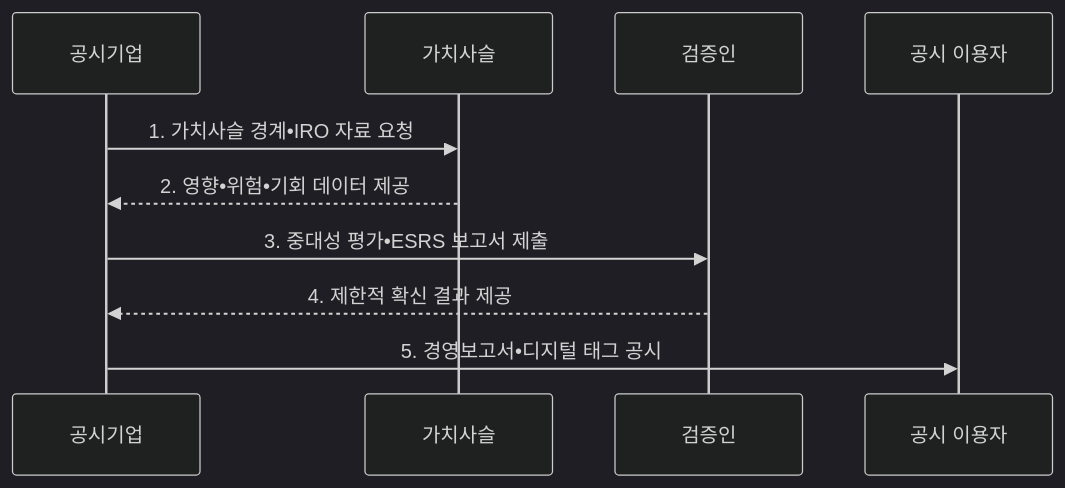
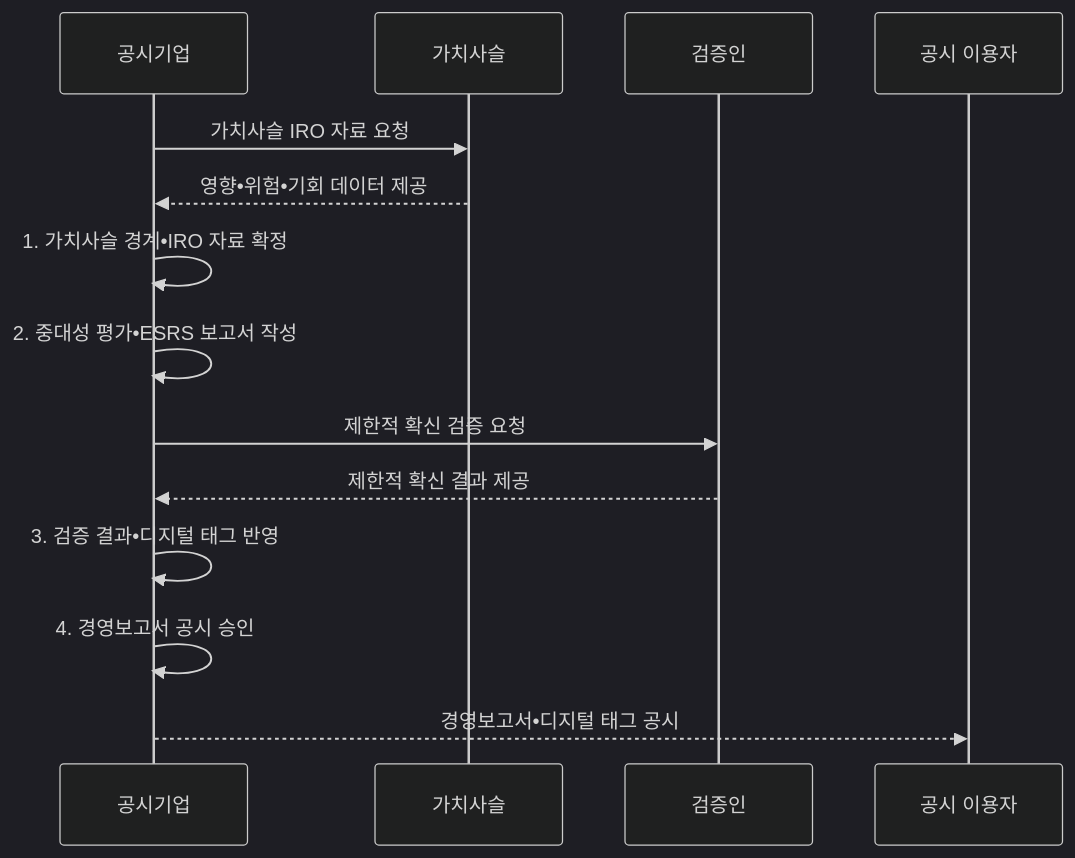
Before and after one commit to agnusdei1207/knowledge-base: the second of 2 diagrams in src/content/docs/notes/07-law-policy/036_eu_csrd.md, drawn with Mermaid (dark theme). The commit also changed other lines of this file and 20 other files, not shown here.

````diff
--- a/src/content/docs/notes/07-law-policy/036_eu_csrd.md
+++ b/src/content/docs/notes/07-law-policy/036_eu_csrd.md
@@ -102,12 +102,16 @@
 ```mermaid
 sequenceDiagram
     participant E as 공시기업
     participant V as 가치사슬
     participant A as 검증인
     participant U as 공시 이용자
-    E->>V: 1. 가치사슬 경계•IRO 자료 요청
-    V-->>E: 2. 영향•위험•기회 데이터 제공
-    E->>A: 3. 중대성 평가•ESRS 보고서 제출
-    A-->>E: 4. 제한적 확신 결과 제공
-    E->>U: 5. 경영보고서•디지털 태그 공시
+    E->>V: 가치사슬 IRO 자료 요청
+    V-->>E: 영향•위험•기회 데이터 제공
+    E->>E: 1. 가치사슬 경계•IRO 자료 확정
+    E->>E: 2. 중대성 평가•ESRS 보고서 작성
+    E->>A: 제한적 확신 검증 요청
+    A-->>E: 제한적 확신 결과 제공
+    E->>E: 3. 검증 결과•디지털 태그 반영
+    E->>E: 4. 경영보고서 공시 승인
+    E-->>U: 경영보고서•디지털 태그 공시
 ```
````
